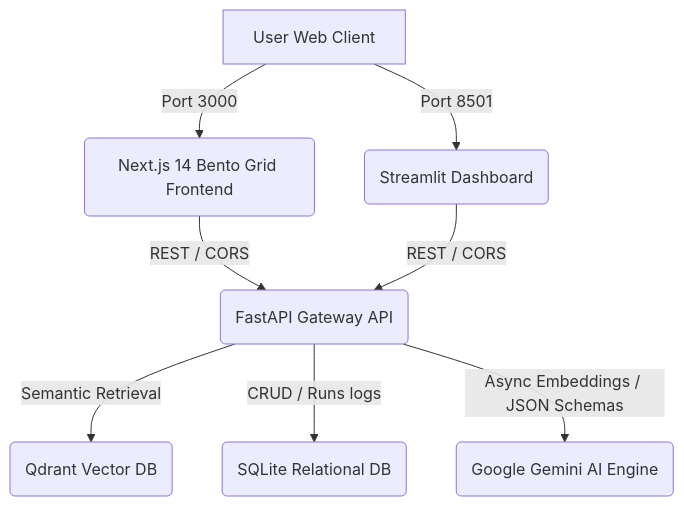
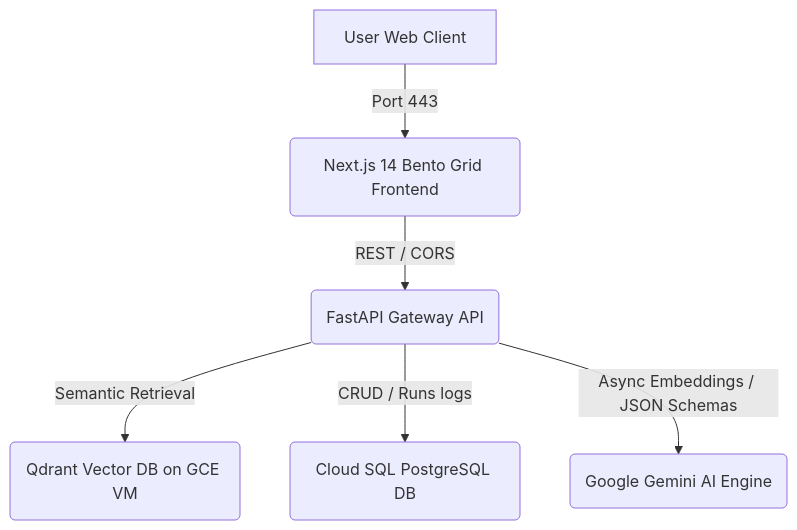
The diagram in README.md (Indrasish7/ReguDrift_AI), drawn with Mermaid before and after one commit. The commit also changed other lines of this file and 1 other file, not shown here.

````diff
--- a/README.md
+++ b/README.md
@@ -30,10 +53,8 @@
 ```mermaid
 graph TD
-    A[User Web Client] -->|Port 3000| B(Next.js 14 Bento Grid Frontend)
-    A -->|Port 8501| C(Streamlit Dashboard)
+    A[User Web Client] -->|Port 443| B(Next.js 14 Bento Grid Frontend)
     B -->|REST / CORS| D(FastAPI Gateway API)
-    C -->|REST / CORS| D
-    D -->|Semantic Retrieval| E(Qdrant Vector DB)
-    D -->|CRUD / Runs logs| F(SQLite Relational DB)
+    D -->|Semantic Retrieval| E(Qdrant Vector DB on GCE VM)
+    D -->|CRUD / Runs logs| F(Cloud SQL PostgreSQL DB)
     D -->|Async Embeddings / JSON Schemas| G(Google Gemini AI Engine)
 ```
````
